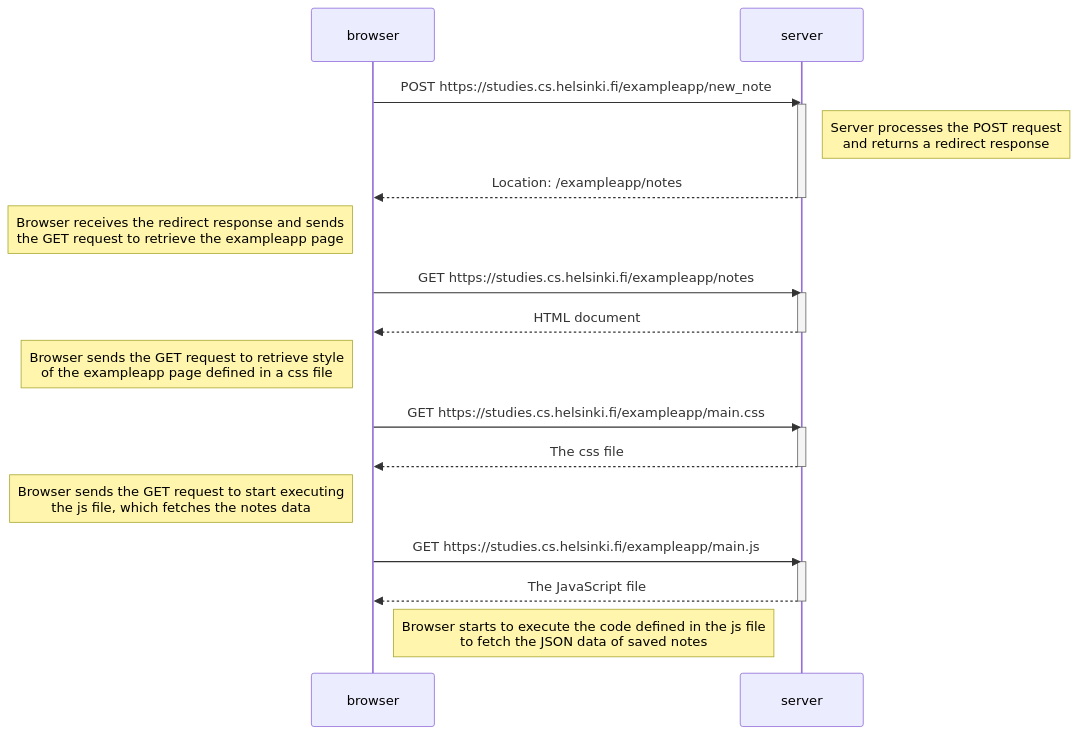
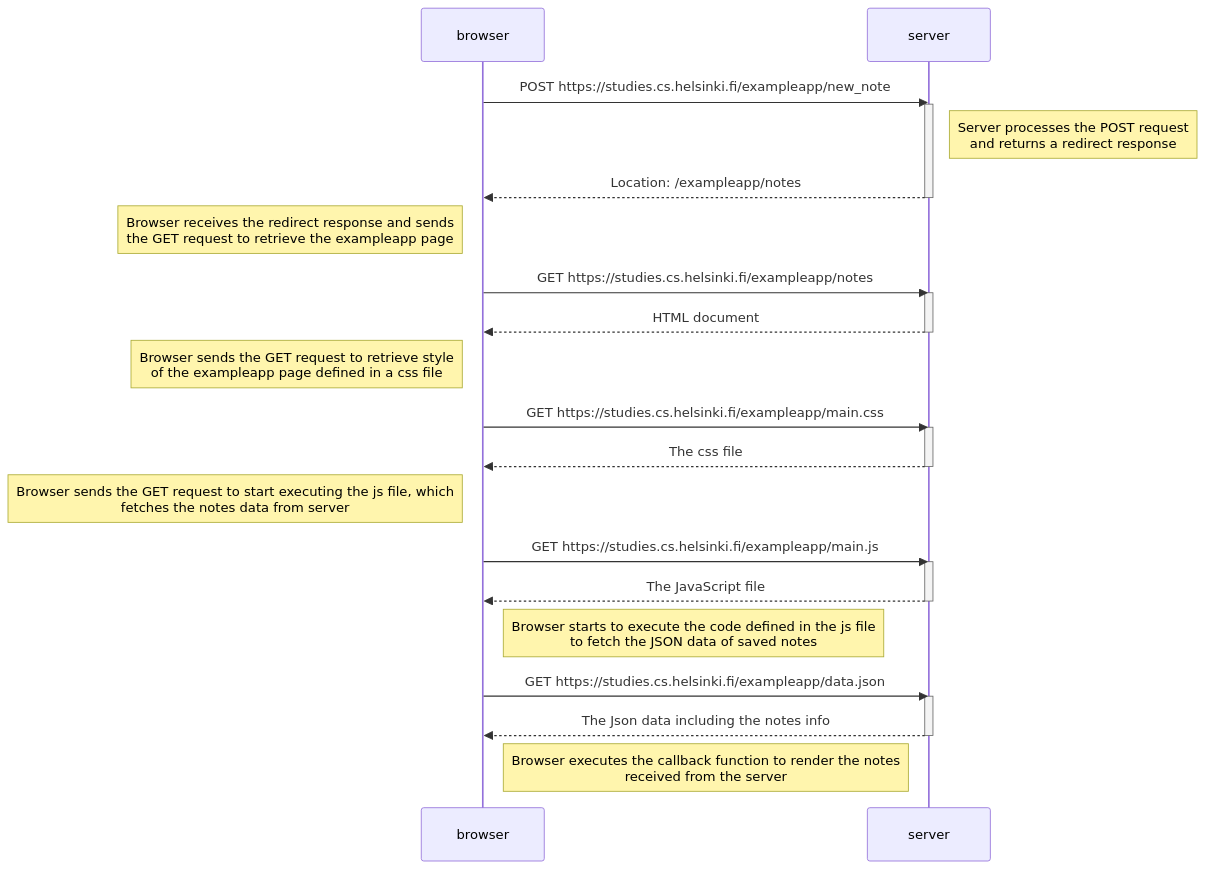
The diagram in osa0/uusi_muistiinpano_kaavio.md (oskarioksanen/fullstack_open_palautusrepo), drawn with Mermaid before and after one commit.

````diff
--- a/osa0/uusi_muistiinpano_kaavio.md
+++ b/osa0/uusi_muistiinpano_kaavio.md
@@ -3,33 +3,39 @@
 ```mermaid
 sequenceDiagram
     participant browser
     participant server
 
     browser->>server: POST https://studies.cs.helsinki.fi/exampleapp/new_note
     activate server
 
     Note right of server: Server processes the POST request<br/>and returns a redirect response
 
     server-->>browser: Location: /exampleapp/notes
     deactivate server
     
     Note left of browser: Browser receives the redirect response and sends<br/>the GET request to retrieve the exampleapp page
     browser->>server: GET https://studies.cs.helsinki.fi/exampleapp/notes
     activate server
     server-->>browser: HTML document
     deactivate server
 
     Note left of browser: Browser sends the GET request to retrieve style<br/>of the exampleapp page defined in a css file
     browser->>server: GET https://studies.cs.helsinki.fi/exampleapp/main.css
     activate server
     server-->>browser: The css file
     deactivate server
 
-    Note left of browser: Browser sends the GET request to start executing<br/>the js file, which fetches the notes data
+    Note left of browser: Browser sends the GET request to start executing the js file, which<br/>fetches the notes data from server
     browser->>server: GET https://studies.cs.helsinki.fi/exampleapp/main.js
     activate server
     server-->>browser: The JavaScript file
     deactivate server
     Note right of browser: Browser starts to execute the code defined in the js file<br/>to fetch the JSON data of saved notes
 
+    browser->>server: GET https://studies.cs.helsinki.fi/exampleapp/data.json
+    activate server
+    server-->>browser: The Json data including the notes info
+    deactivate server
+    Note right of browser: Browser executes the callback function to render the notes<br/>received from the server
+
 ```
````
